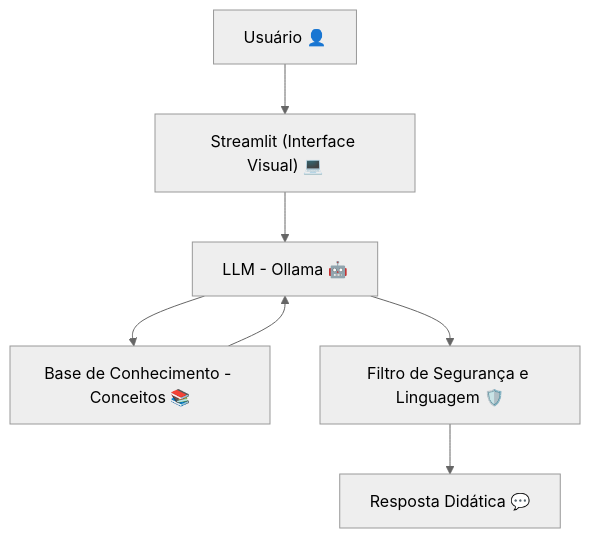
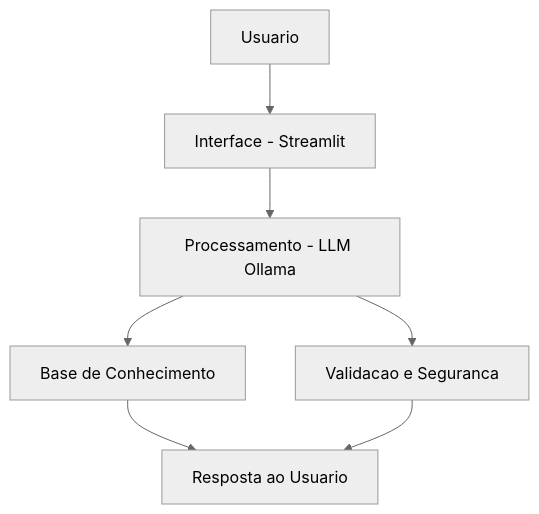
Before and after one commit to andrereis-ia/meu-primeiro-agente-de-ia: the diagram in docs/01-documentacao-agente.md, drawn with Mermaid (neutral theme). The commit also changed other lines of this file, not shown here.

````diff
--- a/docs/01-documentacao-agente.md
+++ b/docs/01-documentacao-agente.md
@@ -52,9 +52,18 @@
 ```mermaid
 flowchart TB
-    A[Usuário 👤] --> B["Streamlit (Interface Visual) 💻"]
-    B --> C[LLM - Ollama 🤖]
-    C --> D[Base de Conhecimento - Conceitos 📚]
-    D --> C
-    C --> E[Filtro de Segurança e Linguagem 🛡️]
-    E --> F[Resposta Didática 💬]
+    A[Usuario]
+    B[Interface - Streamlit]
+    C[Processamento - LLM Ollama]
+    D[Base de Conhecimento]
+    E[Validacao e Seguranca]
+    F[Resposta ao Usuario]
+
+    A --> B
+    B --> C
+
+    C --> D
+    C --> E
+
+    D --> F
+    E --> F
 ```
````
